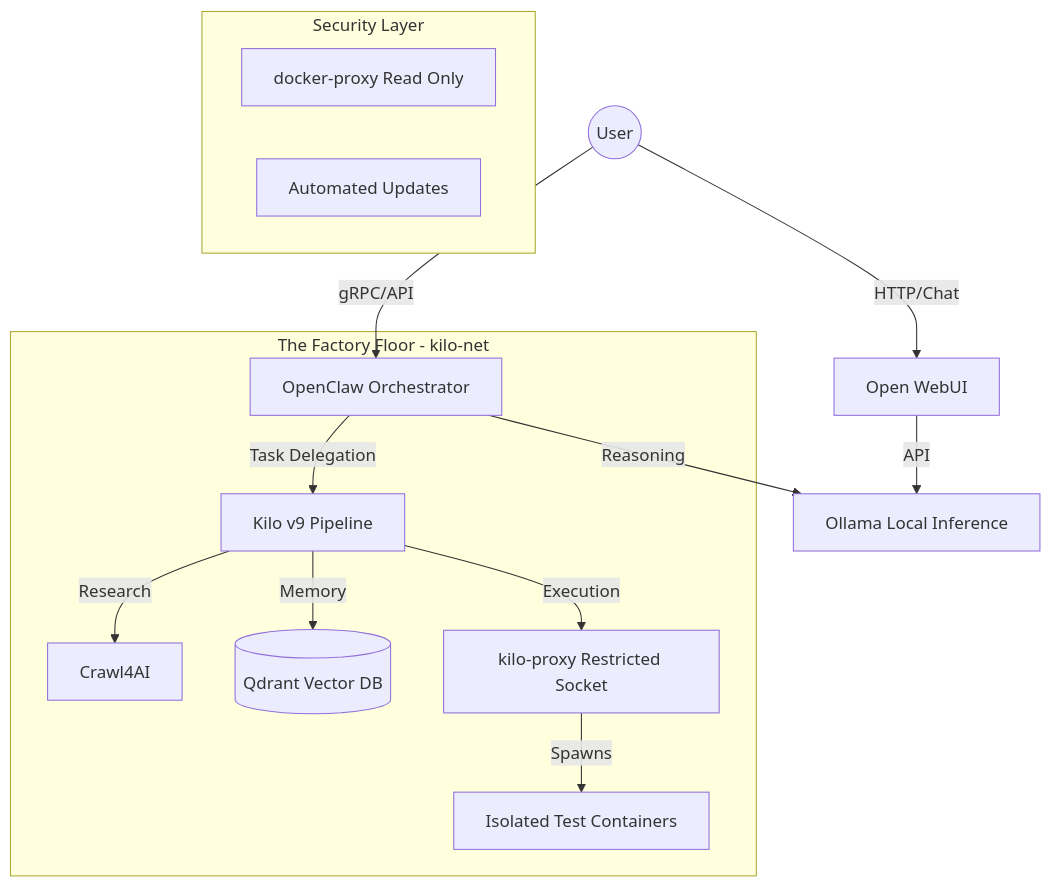
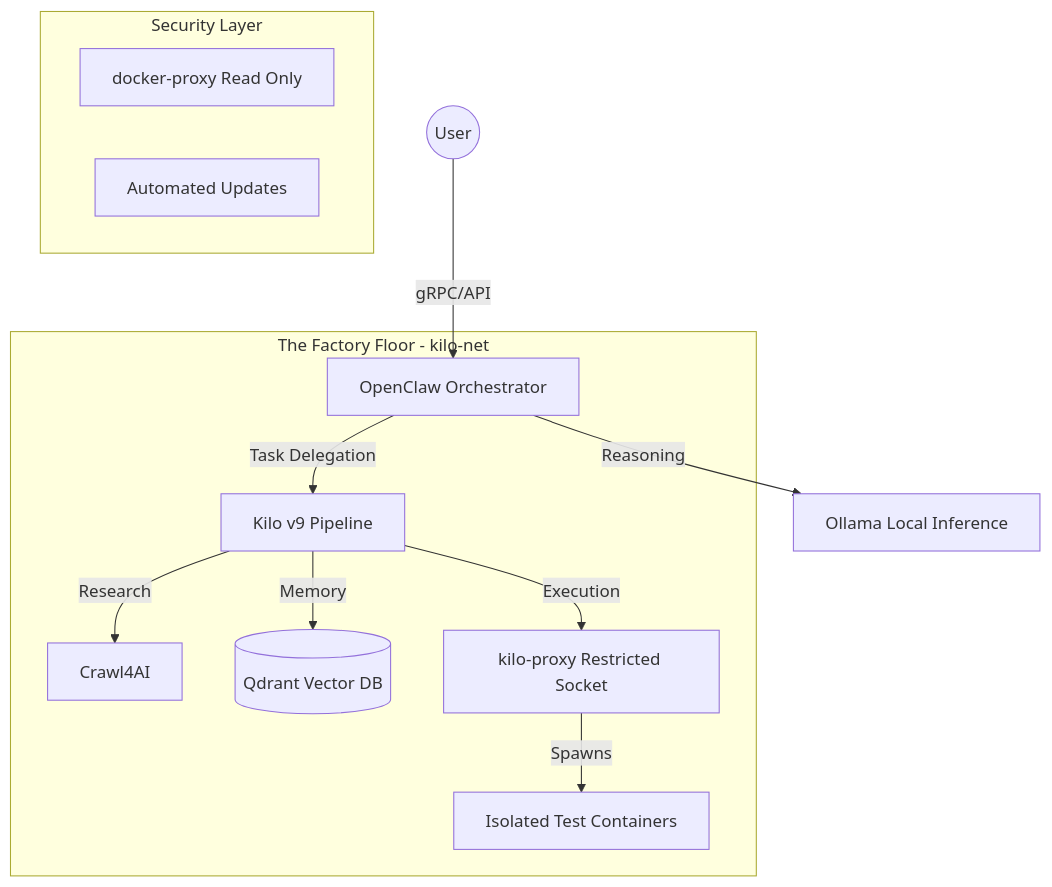
Before and after one commit to oweibor/homelab: the second of 2 diagrams in README.md, drawn with Mermaid. The commit also changed other lines of this file and 34 other files, not shown here.

````diff
--- a/README.md
+++ b/README.md
@@ -109,22 +144,19 @@
 ```mermaid
 graph TB
-    User((User)) -->|HTTP/Chat| WebUI[Open WebUI]
-    WebUI -->|API| Ollama[Ollama Local Inference]
-    
-    User -->|gRPC/API| OpenClaw[OpenClaw Orchestrator]
-    OpenClaw -->|Reasoning| Ollama
+    User((User)) -->|gRPC/API| OpenClaw[OpenClaw Orchestrator]
+    OpenClaw -->|Reasoning| Ollama[Ollama Local Inference]
     
     subgraph Agentic Factory [The Factory Floor - kilo-net]
         OpenClaw -->|Task Delegation| Kilo[Kilo v9 Pipeline]
         Kilo -->|Research| Crawl[Crawl4AI]
         Kilo -->|Memory| Qdrant[(Qdrant Vector DB)]
         
         Kilo -->|Execution| KProxy[kilo-proxy Restricted Socket]
         KProxy -->|Spawns| Sandboxes[Isolated Test Containers]
     end
     
     subgraph Security Layer
         DProxy[docker-proxy Read Only]
         Watchtower[Automated Updates]
     end
 ```
````
